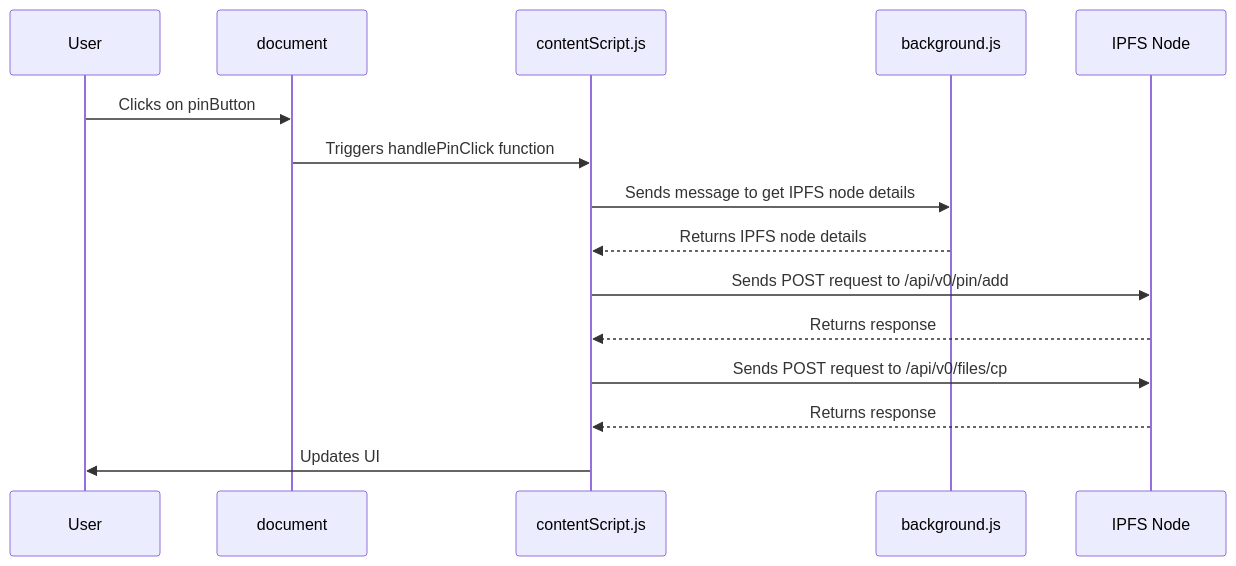
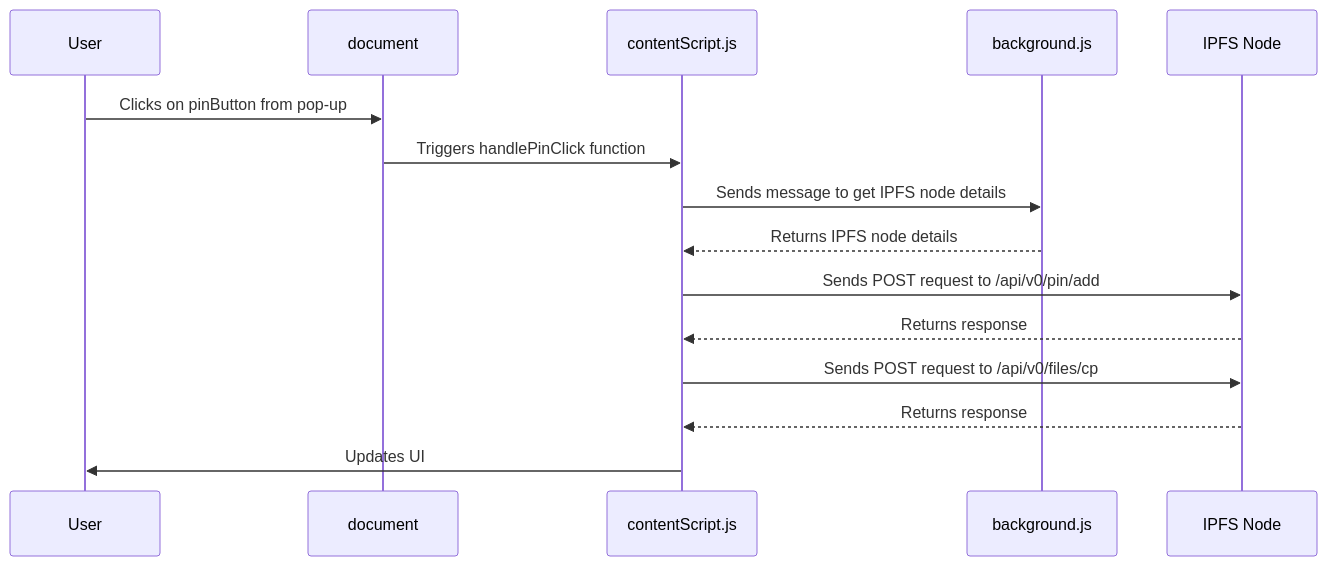
One commit to easierdata/web3-geo-extension changed the fifth of 13 diagrams in docs/diagram.md. Above: the diagram before and after it, drawn with Mermaid. The commit also changed other lines of this file, not shown here.

Commit message:
Updated diagram with more details on the events in script.js

````diff
--- a/docs/diagram.md
+++ b/docs/diagram.md
@@ -137,17 +137,17 @@
 ```mermaid
 sequenceDiagram
     participant User
     participant Document as document
     participant ContentScript as contentScript.js
     participant BackgroundScript as background.js
     participant IPFS as IPFS Node
-    User->>Document: Clicks on pinButton
+    User->>Document: Clicks on pinButton from pop-up
     Document->>ContentScript: Triggers handlePinClick function
     ContentScript->>BackgroundScript: Sends message to get IPFS node details
     BackgroundScript-->>ContentScript: Returns IPFS node details
     ContentScript->>IPFS: Sends POST request to /api/v0/pin/add
     IPFS-->>ContentScript: Returns response
     ContentScript->>IPFS: Sends POST request to /api/v0/files/cp
     IPFS-->>ContentScript: Returns response
     ContentScript->>User: Updates UI
 ```
````
